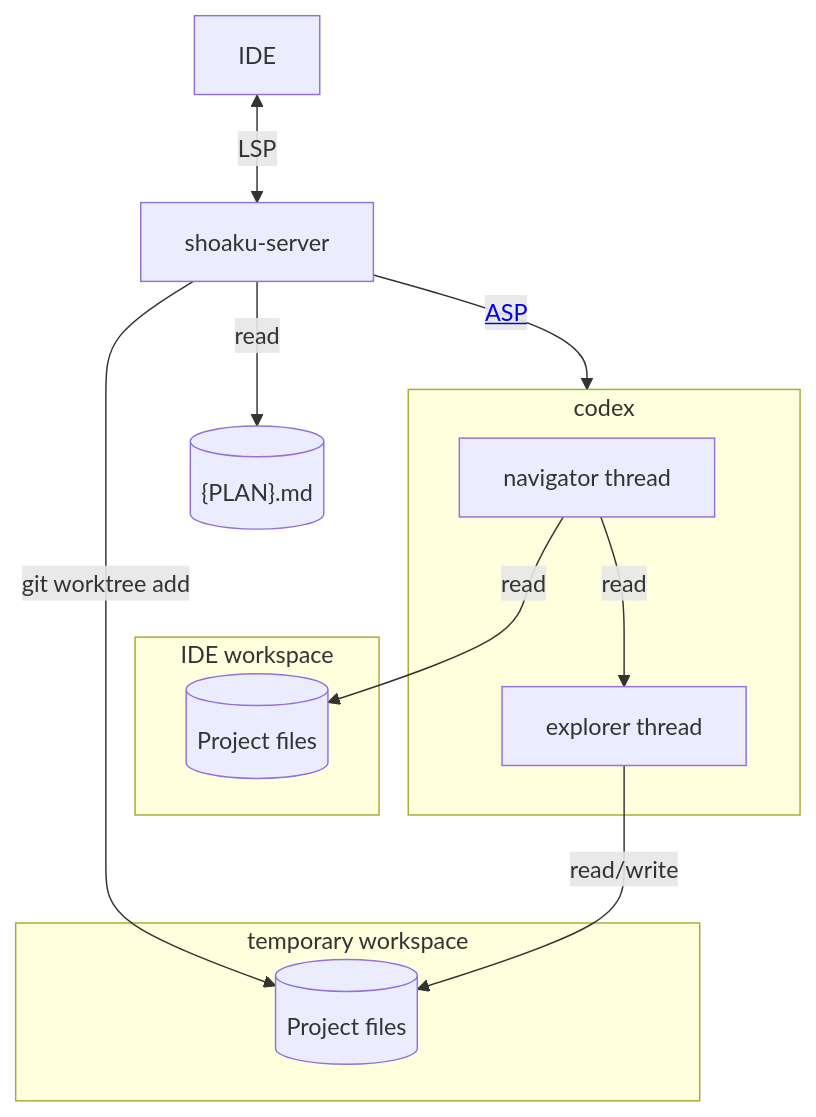
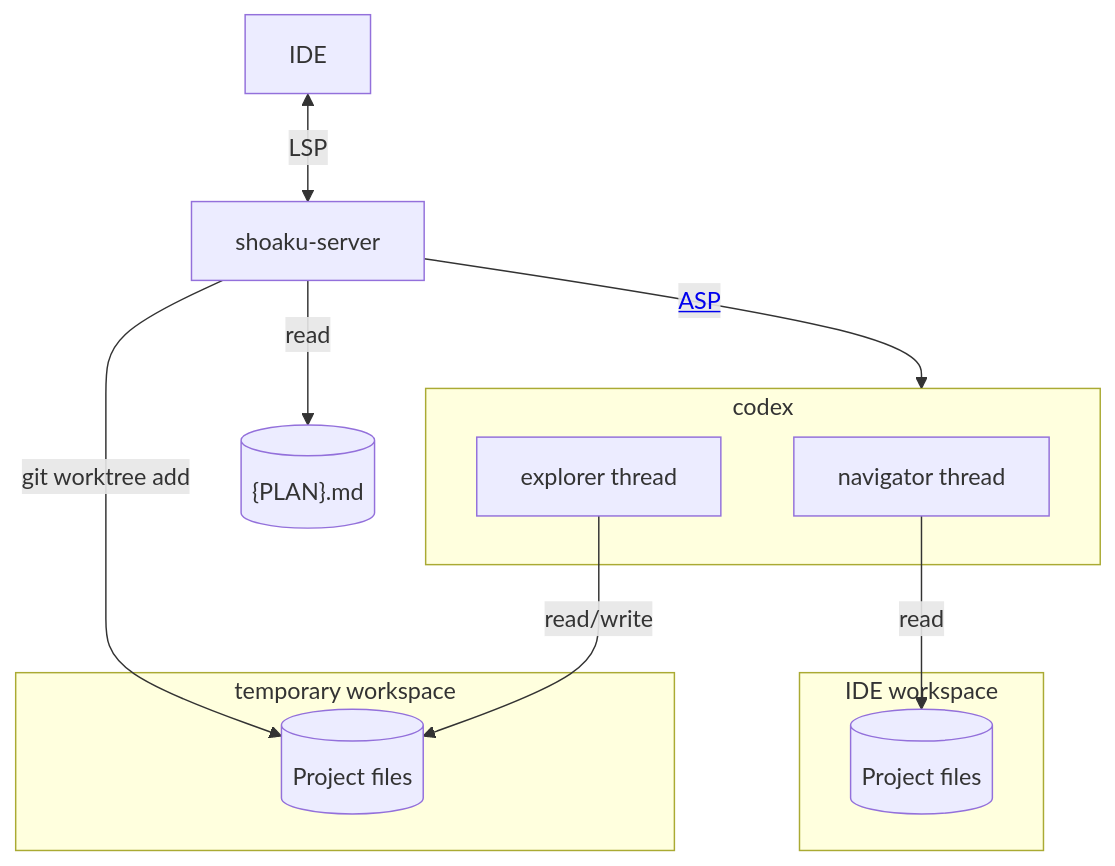
The diagram in docs/architecture.md (seachicken/intellij-shoaku), drawn with Mermaid before and after one commit.

Commit message:
Refactor

````diff
--- a/docs/architecture.md
+++ b/docs/architecture.md
@@ -3,20 +3,19 @@
 ```mermaid
 graph TD
   subgraph user_workspace["IDE workspace"]
     project-files[(Project files)]
   end
   subgraph sandbox_workspace["temporary workspace"]
     worktree-files[(Project files)]
   end
   subgraph codex
     navigator[navigator thread]
     explorer[explorer thread]
   end
 
   shoaku-server -- read --> todo[("{PLAN}.md")]
   IDE <-- LSP --> shoaku-server -- <a href='https://github.com/openai/codex/blob/main/codex-rs/app-server/README.md'>ASP</a> --> codex
   shoaku-server -- "git worktree add" --> worktree-files
-  navigator -- read --> explorer
   navigator -- read --> project-files
   explorer -- read/write --> worktree-files
 ```
````
